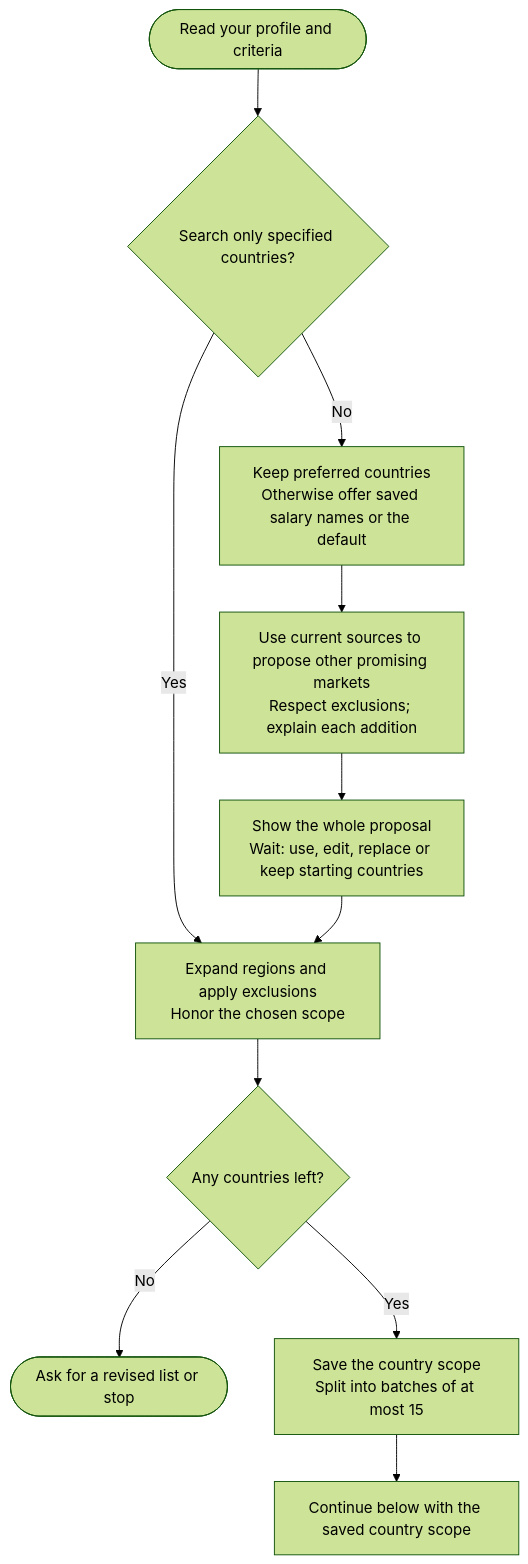
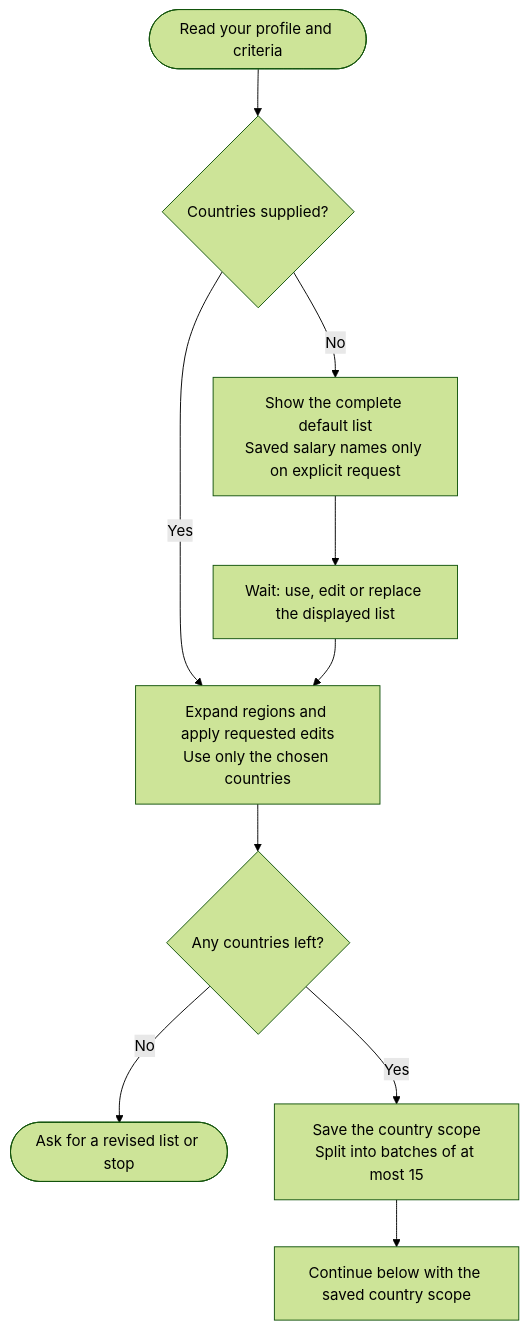
Before and after one commit to myowinthein/agent-compass: the first of 2 diagrams in docs/commands/country-finder/step2-country-discovery/detailed.md, drawn with Mermaid (forest theme). The commit also changed other lines of this file and 16 other files, not shown here.

````diff
--- a/docs/commands/country-finder/step2-country-discovery/detailed.md
+++ b/docs/commands/country-finder/step2-country-discovery/detailed.md
@@ -28,13 +28,12 @@
 ```mermaid
 flowchart TD
-  Start(["Read your profile and criteria"]) --> Restricted{"Search only specified countries?"}
-  Restricted -->|Yes| Scope["Expand regions and apply exclusions<br/>Honor the chosen scope"]
-  Restricted -->|No| Names["Keep preferred countries<br/>Otherwise offer saved salary names or the default"]
-  Names --> Discover["Use current sources to propose other promising markets<br/>Respect exclusions; explain each addition"]
-  Discover --> Confirm["Show the whole proposal<br/>Wait: use, edit, replace or keep starting countries"]
+  Start(["Read your profile and criteria"]) --> Custom{"Countries supplied?"}
+  Custom -->|Yes| Scope["Expand regions and apply requested edits<br/>Use only the chosen countries"]
+  Custom -->|No| Default["Show the complete default list<br/>Saved salary names only on explicit request"]
+  Default --> Confirm["Wait: use, edit or replace the displayed list"]
   Confirm --> Scope
   Scope --> Empty{"Any countries left?"}
   Empty -->|No| Revise(["Ask for a revised list or stop"])
   Empty -->|Yes| Batch["Save the country scope<br/>Split into batches of at most 15"]
   Batch --> Continue["Continue below with the saved country scope"]
 ```
````
